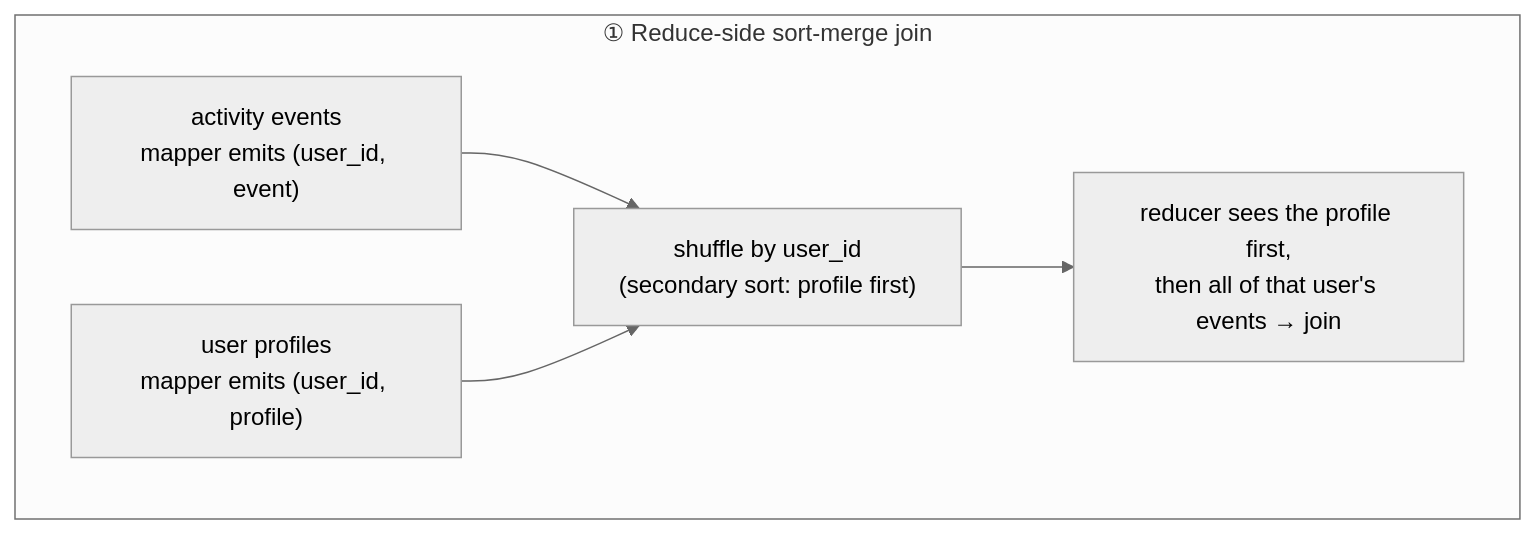
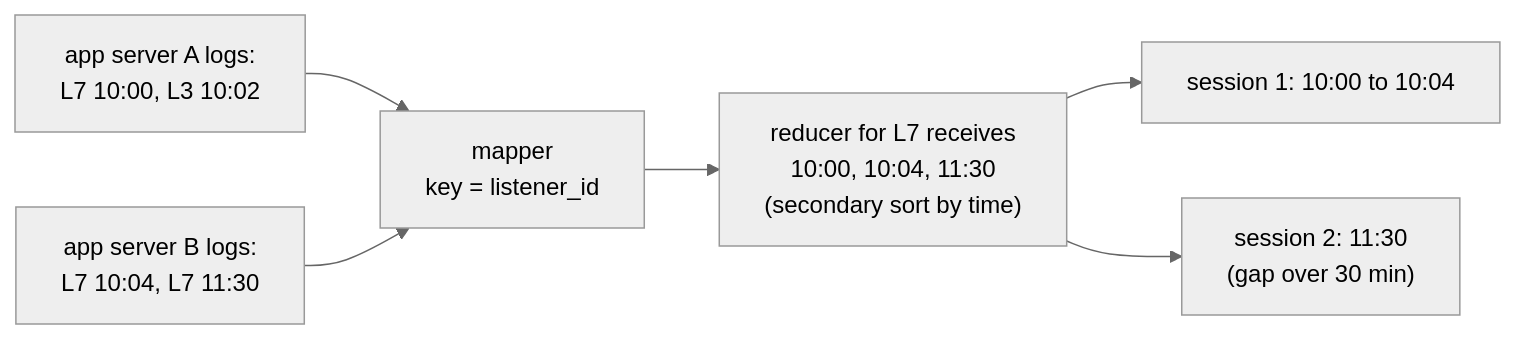
Before and after one commit to pratikguru998/ddia-book: diagram 15 of 34 in docs/chapters/part-3/10-batch-processing.mdx, drawn with Mermaid (neutral theme). The commit also changed other lines of this file and 13 other files, not shown here.

Commit message:
Expand all 12 chapters: every book subsection, deeper notes, ~320 diagrams

````diff
--- a/docs/chapters/part-3/10-batch-processing.mdx
+++ b/docs/chapters/part-3/10-batch-processing.mdx
@@ -97,9 +553,8 @@
 ```mermaid
-flowchart TB
-  subgraph SMJ["① Reduce-side sort-merge join"]
-    direction LR
-    EV["activity events<br/>mapper emits (user_id, event)"] --> SH["shuffle by user_id<br/>(secondary sort: profile first)"]
-    US["user profiles<br/>mapper emits (user_id, profile)"] --> SH
-    SH --> RD["reducer sees the profile first,<br/>then all of that user's events → join"]
-  end
+flowchart LR
+  E1["app server A logs:<br/>L7 10:00, L3 10:02"] --> M["mapper<br/>key = listener_id"]
+  E2["app server B logs:<br/>L7 10:04, L7 11:30"] --> M
+  M --> R["reducer for L7 receives<br/>10:00, 10:04, 11:30<br/>(secondary sort by time)"]
+  R --> S1["session 1: 10:00 to 10:04"]
+  R --> S2["session 2: 11:30<br/>(gap over 30 min)"]
 ```
````
